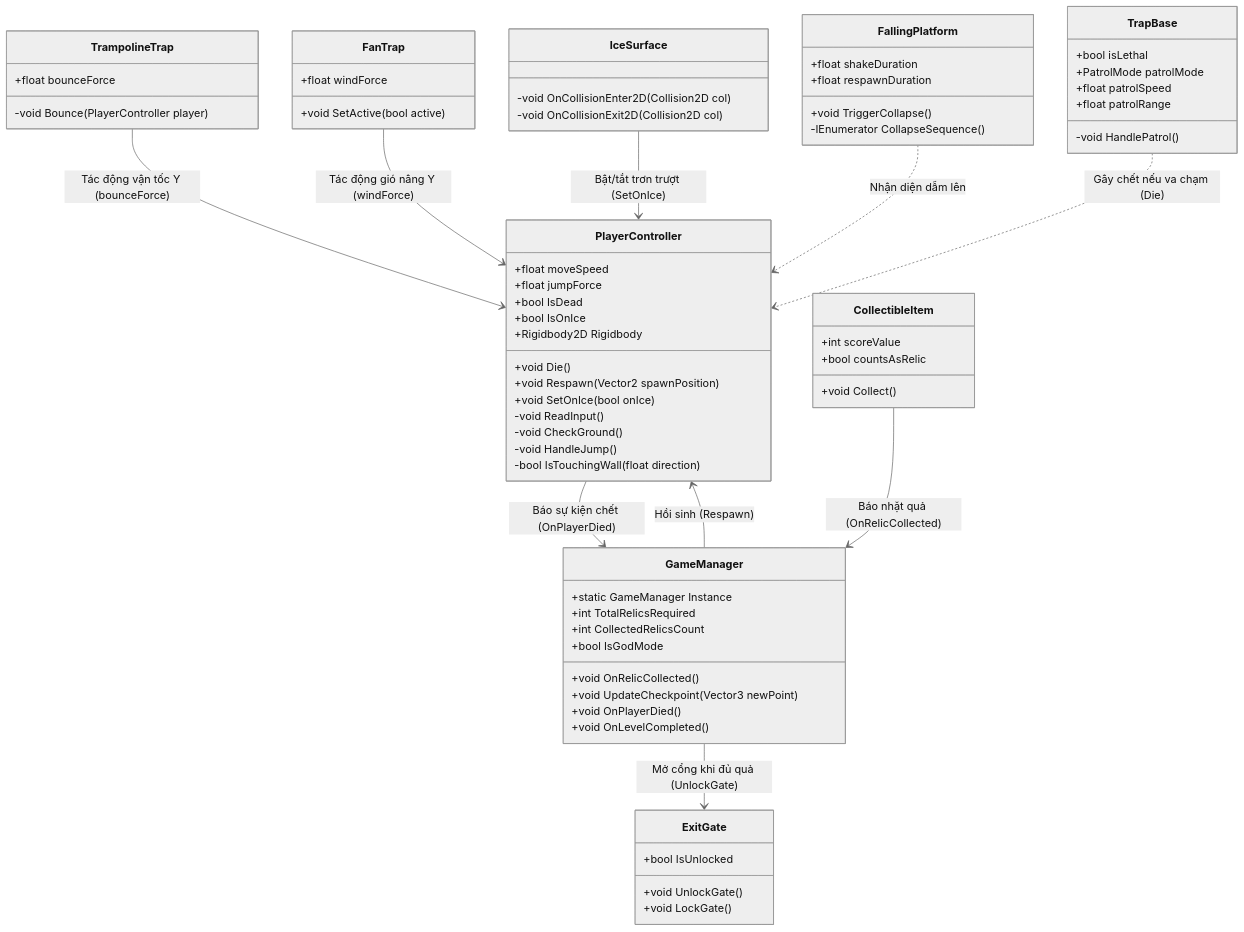
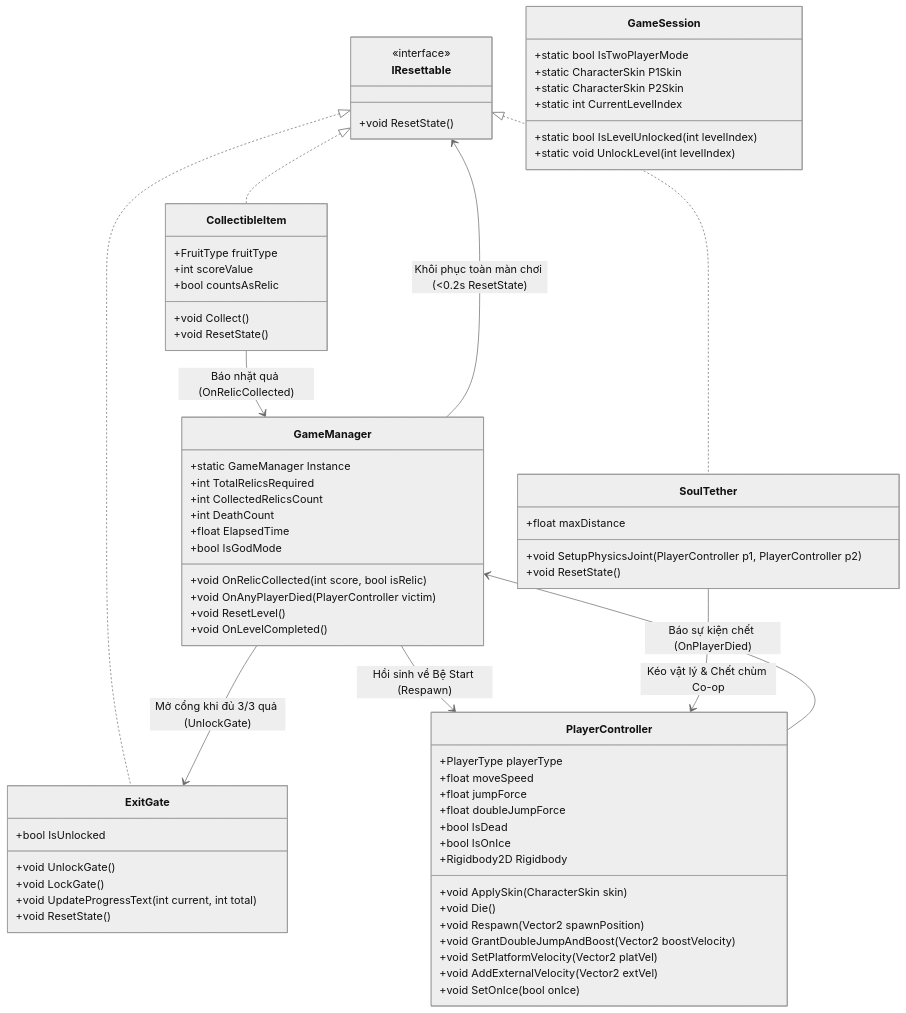
One commit to taanhtuan2005/OneHitDown changed the diagram in Docs/SCHEMA_CHI_TIET.md. Above: the diagram before and after it, drawn with Mermaid (neutral theme). The commit also changed other lines of this file and 15 other files, not shown here.

````diff
--- a/Docs/SCHEMA_CHI_TIET.md
+++ b/Docs/SCHEMA_CHI_TIET.md
@@ -48,80 +79,78 @@
 ```mermaid
 classDiagram
+    class IResettable {
+        <<interface>>
+        +void ResetState()
+    }
+
+    class GameSession {
+        +static bool IsTwoPlayerMode
+        +static CharacterSkin P1Skin
+        +static CharacterSkin P2Skin
+        +static int CurrentLevelIndex
+        +static bool IsLevelUnlocked(int levelIndex)
+        +static void UnlockLevel(int levelIndex)
+    }
+
     class PlayerController {
+        +PlayerType playerType
         +float moveSpeed
         +float jumpForce
+        +float doubleJumpForce
         +bool IsDead
         +bool IsOnIce
         +Rigidbody2D Rigidbody
+        +void ApplySkin(CharacterSkin skin)
         +void Die()
         +void Respawn(Vector2 spawnPosition)
+        +void GrantDoubleJumpAndBoost( Vector2 boostVelocity )
+        +void SetPlatformVelocity(Vector2 platVel)
+        +void AddExternalVelocity(Vector2 extVel)
         +void SetOnIce(bool onIce)
-        -void ReadInput()
-        -void CheckGround()
-        -void HandleJump()
-        -bool IsTouchingWall(float direction)
     }
 
     class GameManager {
         +static GameManager Instance
         +int TotalRelicsRequired
         +int CollectedRelicsCount
+        +int DeathCount
+        +float ElapsedTime
         +bool IsGodMode
-        +void OnRelicCollected()
-        +void UpdateCheckpoint(Vector3 newPoint)
-        +void OnPlayerDied()
+        +void OnRelicCollected(int score, bool isRelic)
+        +void OnAnyPlayerDied(PlayerController victim)
+        +void ResetLevel()
         +void OnLevelCompleted()
+    }
+
+    class SoulTether {
+        +float maxDistance
+        +void SetupPhysicsJoint(PlayerController p1, PlayerController p2)
+        +void ResetState()
     }
 
     class ExitGate {
         +bool IsUnlocked
         +void UnlockGate()
         +void LockGate()
+        +void UpdateProgressText(int current, int total)
+        +void ResetState()
     }
 
     class CollectibleItem {
+        +FruitType fruitType
         +int scoreValue
         +bool countsAsRelic
         +void Collect()
+        +void ResetState()
     }
 
-    class TrampolineTrap {
-        +float bounceForce
-        -void Bounce(PlayerController player)
-    }
-
-    class FanTrap {
-        +float windForce
-        +void SetActive(bool active)
-    }
-
-    class FallingPlatform {
-        +float shakeDuration
-        +float respawnDuration
-        +void TriggerCollapse()
-        -IEnumerator CollapseSequence()
-    }
-
-    class IceSurface {
-        -void OnCollisionEnter2D(Collision2D col)
-        -void OnCollisionExit2D(Collision2D col)
-    }
-
-    class TrapBase {
-        +bool isLethal
-        +PatrolMode patrolMode
-        +float patrolSpeed
-        +float patrolRange
-        -void HandlePatrol()
-    }
-
+    IResettable <|.. CollectibleItem
+    IResettable <|.. ExitGate
+    IResettable <|.. SoulTether
     PlayerController --> GameManager : Báo sự kiện chết (OnPlayerDied)
     CollectibleItem --> GameManager : Báo nhặt quả (OnRelicCollected)
-    GameManager --> ExitGate : Mở cổng khi đủ quả (UnlockGate)
-    GameManager --> PlayerController : Hồi sinh (Respawn)
-    TrampolineTrap --> PlayerController : Tác động vận tốc Y (bounceForce)
-    FanTrap --> PlayerController : Tác động gió nâng Y (windForce)
-    IceSurface --> PlayerController : Bật/tắt trơn trượt (SetOnIce)
-    FallingPlatform ..> PlayerController : Nhận diện dẫm lên
-    TrapBase ..> PlayerController : Gây chết nếu va chạm (Die)
+    GameManager --> ExitGate : Mở cổng khi đủ 3/3 quả (UnlockGate)
+    GameManager --> IResettable : Khôi phục toàn màn chơi (<0.2s ResetState)
+    GameManager --> PlayerController : Hồi sinh về Bệ Start (Respawn)
+    SoulTether --> PlayerController : Kéo vật lý & Chết chùm Co-op
 ```
````
